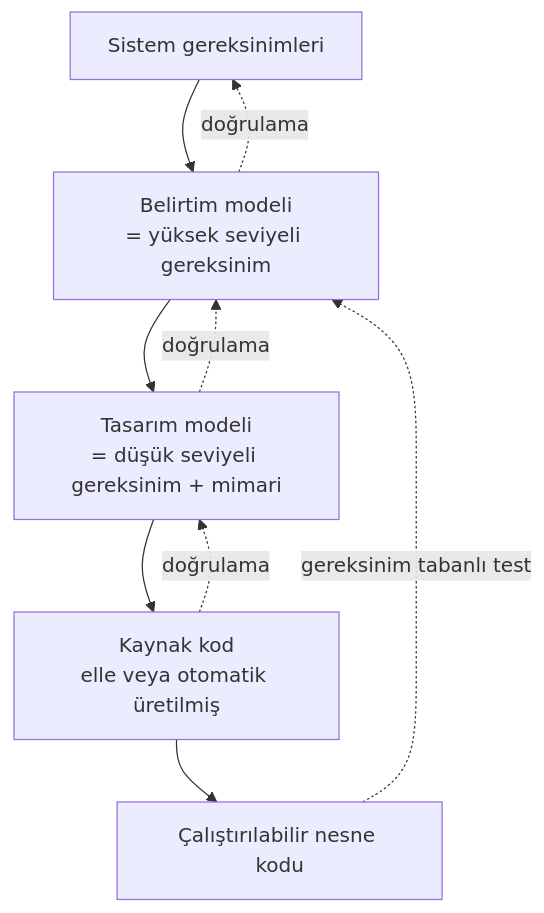
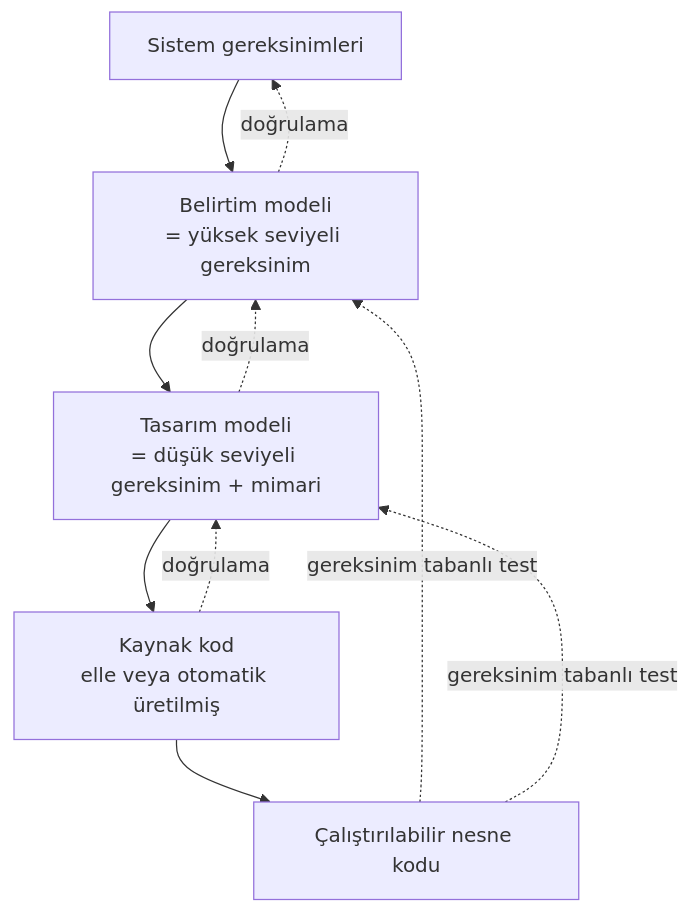
Before and after one commit to Mavrikant/aviyonikyazilim: the first of 2 diagrams in kitap/04-arac-kalifikasyonu-ve-ekler/14-do331-model-tabanli-gelistirme.md, drawn with Mermaid. The commit also changed other lines of this file and 35 other files, not shown here.

````diff
--- a/kitap/04-arac-kalifikasyonu-ve-ekler/14-do331-model-tabanli-gelistirme.md
+++ b/kitap/04-arac-kalifikasyonu-ve-ekler/14-do331-model-tabanli-gelistirme.md
@@ -75,11 +92,12 @@
 ```mermaid
 flowchart TD
-    SR[Sistem gereksinimleri] --> SM[Belirtim modeli<br/>= yüksek seviyeli gereksinim]
-    SM --> DM[Tasarım modeli<br/>= düşük seviyeli gereksinim + mimari]
-    DM --> SC[Kaynak kod<br/>elle veya otomatik üretilmiş]
-    SC --> EOC[Çalıştırılabilir nesne kodu]
+    SR["Sistem gereksinimleri"] --> SM["Belirtim modeli<br/>= yüksek seviyeli gereksinim"]
+    SM --> DM["Tasarım modeli<br/>= düşük seviyeli gereksinim + mimari"]
+    DM --> SC["Kaynak kod<br/>elle veya otomatik üretilmiş"]
+    SC --> EOC["Çalıştırılabilir nesne kodu"]
     SM -. doğrulama .-> SR
     DM -. doğrulama .-> SM
     SC -. doğrulama .-> DM
     EOC -. gereksinim tabanlı test .-> SM
+    EOC -. gereksinim tabanlı test .-> DM
 ```
````
